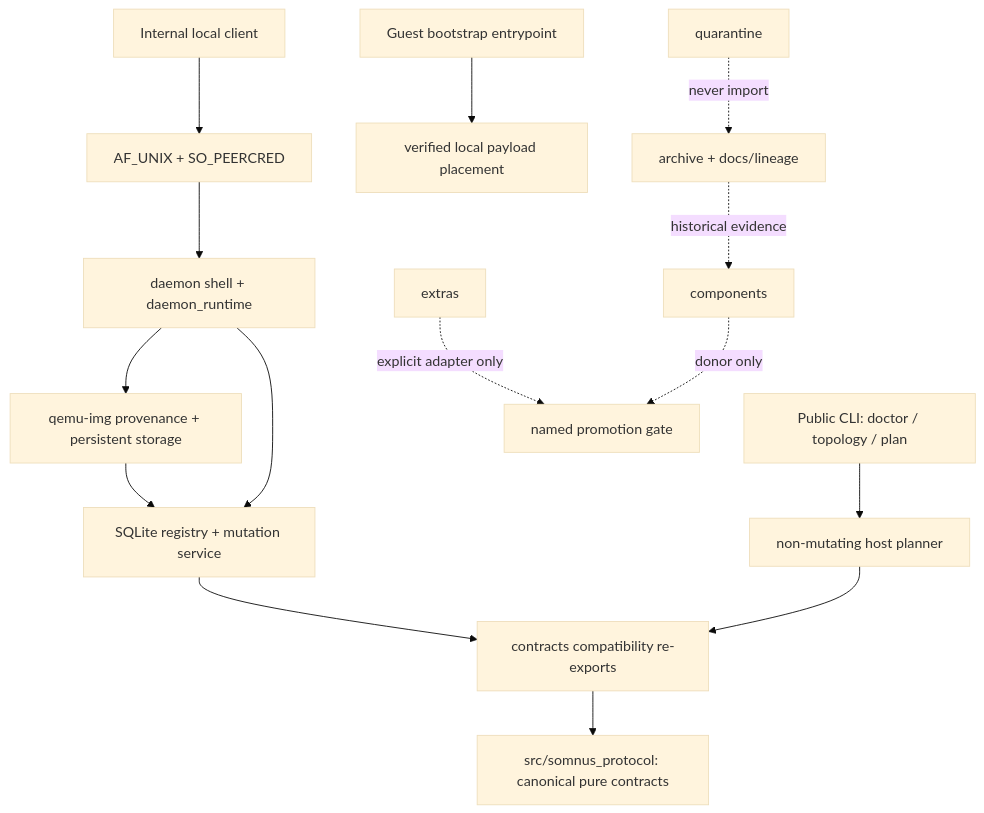
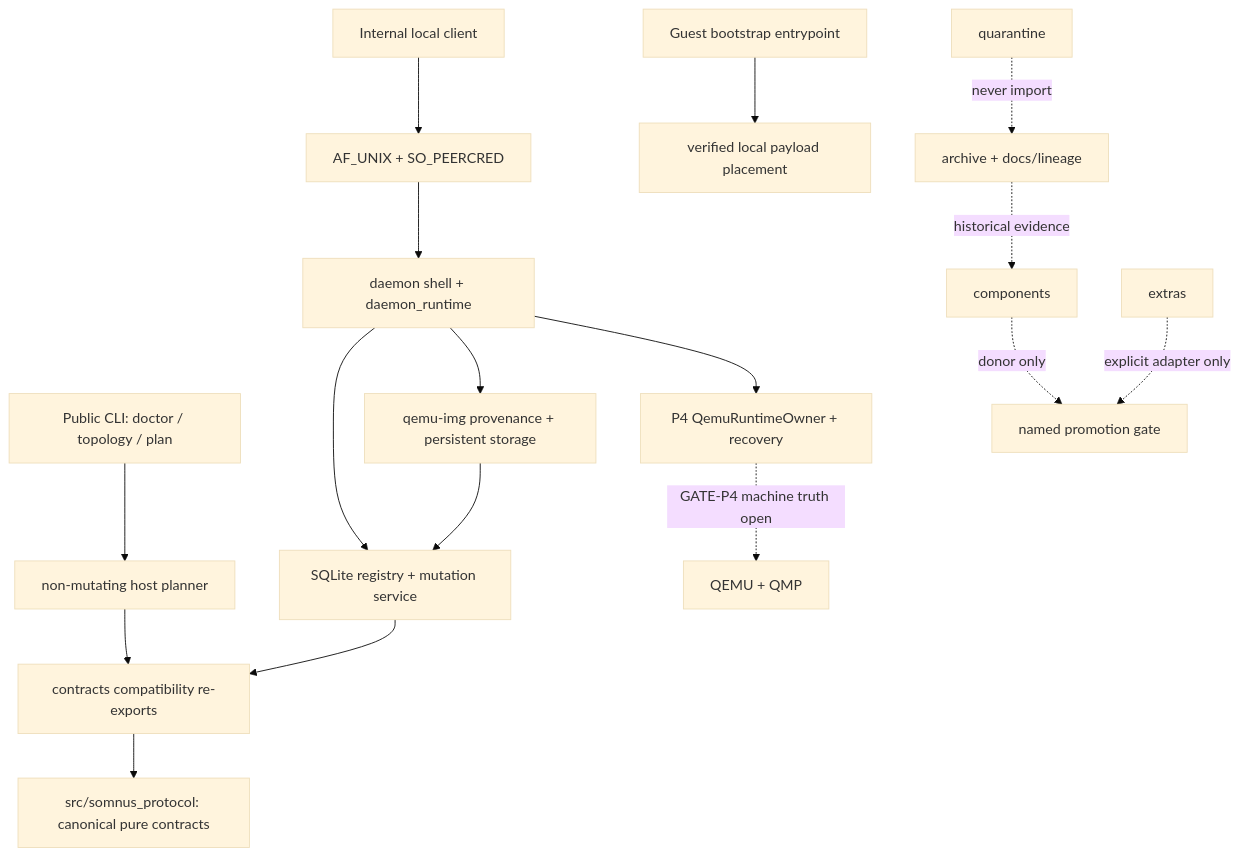
One commit to calisweetleaf/vm-lab changed the diagram in CONTEXT.md. Above: the diagram before and after it, drawn with Mermaid (base theme). The commit also changed other lines of this file and 62 other files, not shown here.

````diff
--- a/CONTEXT.md
+++ b/CONTEXT.md
@@ -54,17 +101,19 @@
 ```mermaid
 flowchart TD
     CLI["Public CLI: doctor / topology / plan"] --> PLAN["non-mutating host planner"]
     CLIENT["Internal local client"] --> TRANSPORT["AF_UNIX + SO_PEERCRED"]
     TRANSPORT --> DAEMON["daemon shell + daemon_runtime"]
     DAEMON --> REG["SQLite registry + mutation service"]
     DAEMON --> STORE["qemu-img provenance + persistent storage"]
+    DAEMON --> RUNTIME["P4 QemuRuntimeOwner + recovery"]
+    RUNTIME -. "GATE-P4 machine truth open" .-> QMP["QEMU + QMP"]
     PLAN --> COMPAT["contracts compatibility re-exports"]
     REG --> COMPAT
     STORE --> REG
     COMPAT --> PROTO["src/somnus_protocol: canonical pure contracts"]
     BOOT["Guest bootstrap entrypoint"] --> GP["verified local payload placement"]
     CAND["components"] -. donor only .-> LIVE["named promotion gate"]
     COLD["extras"] -. explicit adapter only .-> LIVE
     LINE["archive + docs/lineage"] -. historical evidence .-> CAND
     QUAR["quarantine"] -. never import .-> LINE
 ```
````
